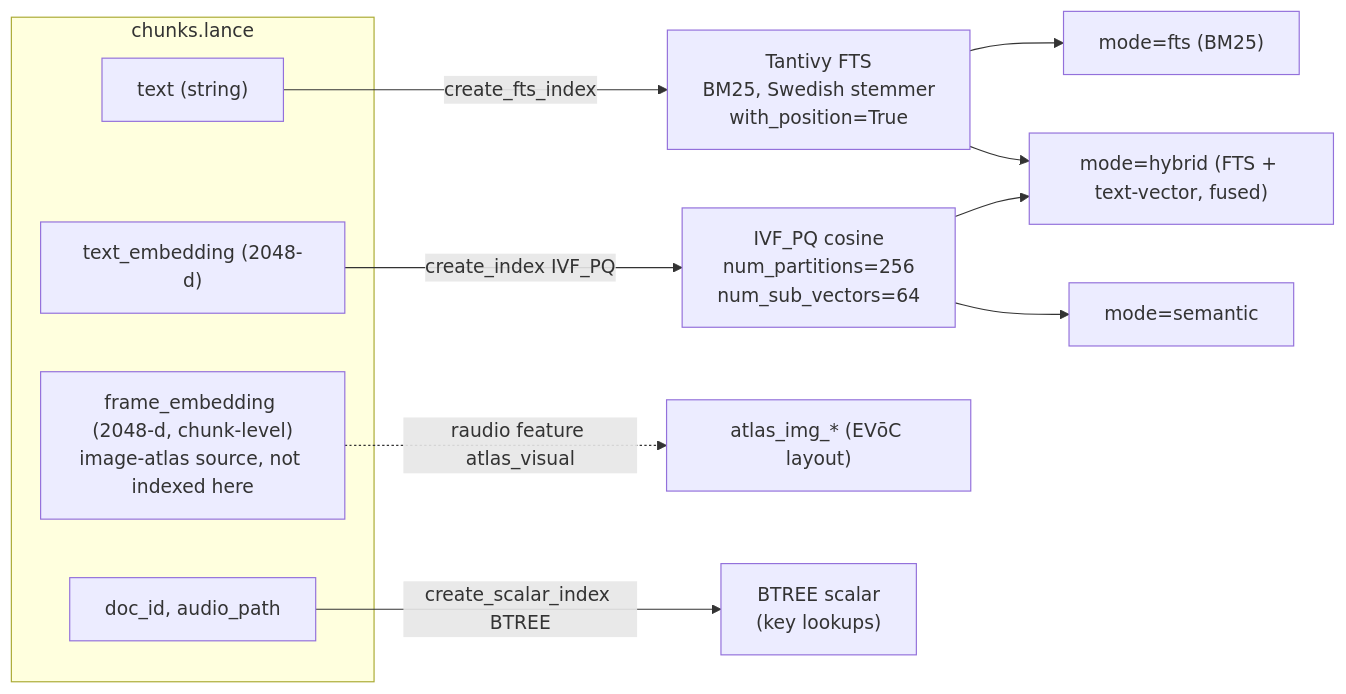
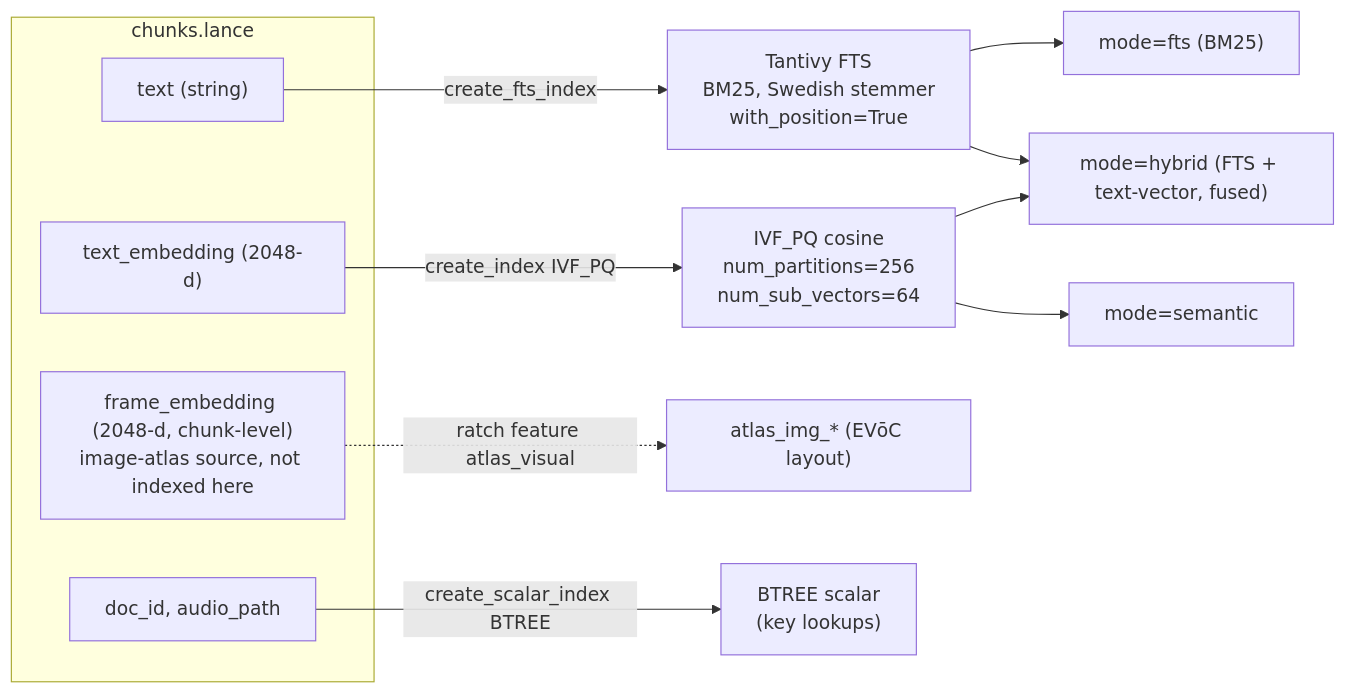
Before and after one commit to Borg93/lance-audio-demo: the third of 3 diagrams in docs/STORAGE.md, drawn with Mermaid. The commit also changed other lines of this file and 191 other files, not shown here.

````diff
--- a/docs/STORAGE.md
+++ b/docs/STORAGE.md
@@ -379,17 +379,17 @@
 ```mermaid
 flowchart LR
     subgraph chunks_table["chunks.lance"]
         T["text (string)"]
         TE["text_embedding (2048-d)"]
         FE["frame_embedding (2048-d, chunk-level)<br/>image-atlas source, not indexed here"]
         DI["doc_id, audio_path"]
     end
     T -->|"create_fts_index"| FTS["Tantivy FTS<br/>BM25, Swedish stemmer<br/>with_position=True"]
     TE -->|"create_index IVF_PQ"| ANN["IVF_PQ cosine<br/>num_partitions=256<br/>num_sub_vectors=64"]
-    FE -.->|"raudio feature atlas_visual"| ATL["atlas_img_* (EVōC layout)"]
+    FE -.->|"ratch feature atlas_visual"| ATL["atlas_img_* (EVōC layout)"]
     DI -->|"create_scalar_index BTREE"| BT["BTREE scalar<br/>(key lookups)"]
     FTS --> Q1["mode=fts (BM25)"]
     ANN --> Q2["mode=semantic"]
     FTS --> Q3["mode=hybrid (FTS + text-vector, fused)"]
     ANN --> Q3
 ```
````
